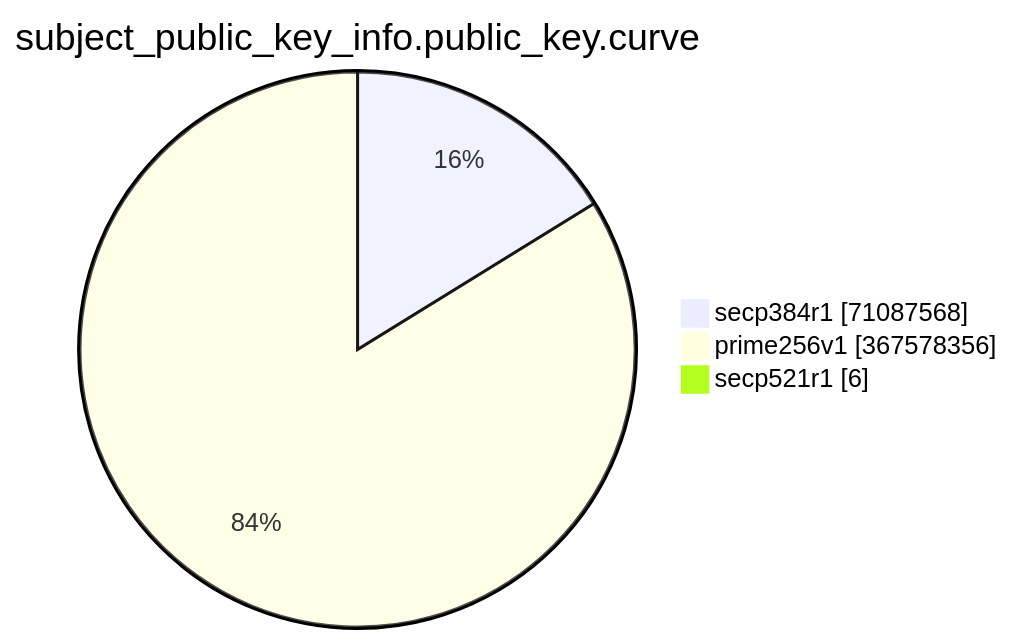
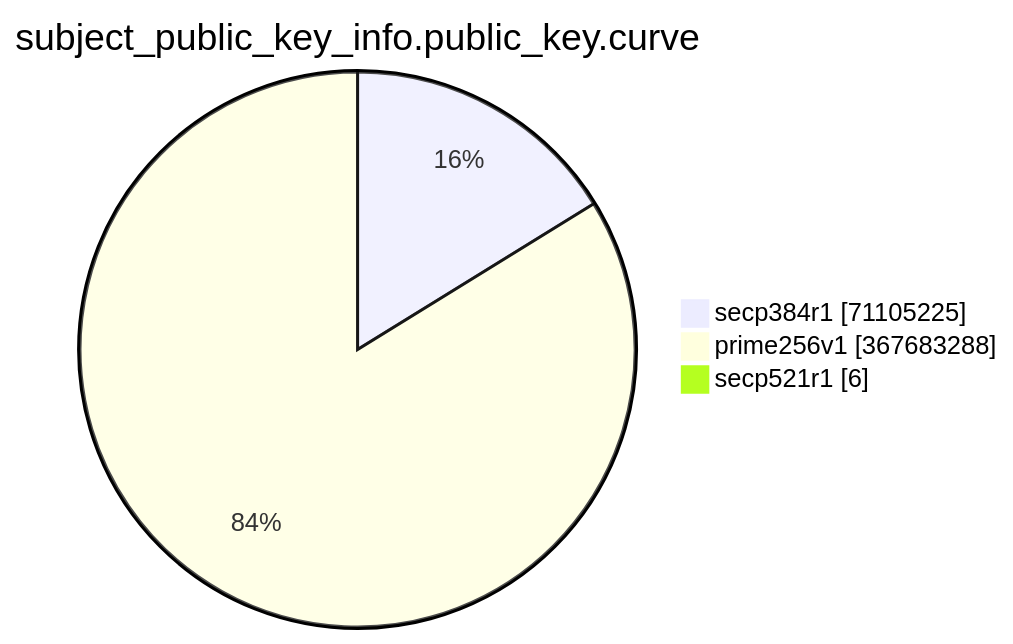
The eighth of 15 diagrams in TOTAL/README.md (christiankrug/ctmonitor_visualization), drawn with Mermaid before and after one commit. The commit also changed other lines of this file, not shown here.

````diff
--- a/TOTAL/README.md
+++ b/TOTAL/README.md
@@ -3092,7 +3092,7 @@
 ```mermaid
 pie showData
 title subject_public_key_info.public_key.curve
-"secp384r1" :71087568
-"prime256v1" :367578356
+"secp384r1" :71105225
+"prime256v1" :367683288
 "secp521r1" :6
 ```
````
